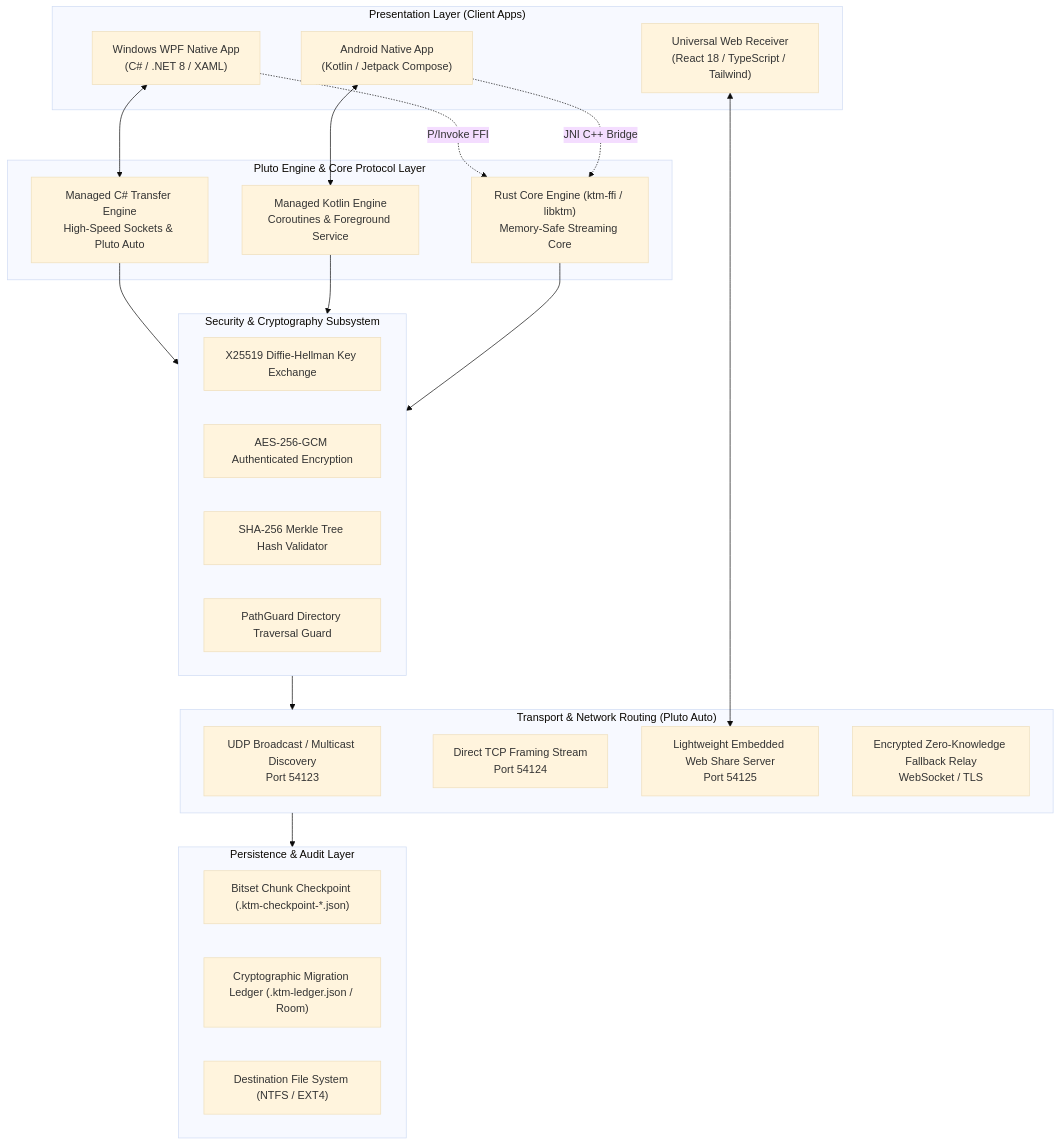
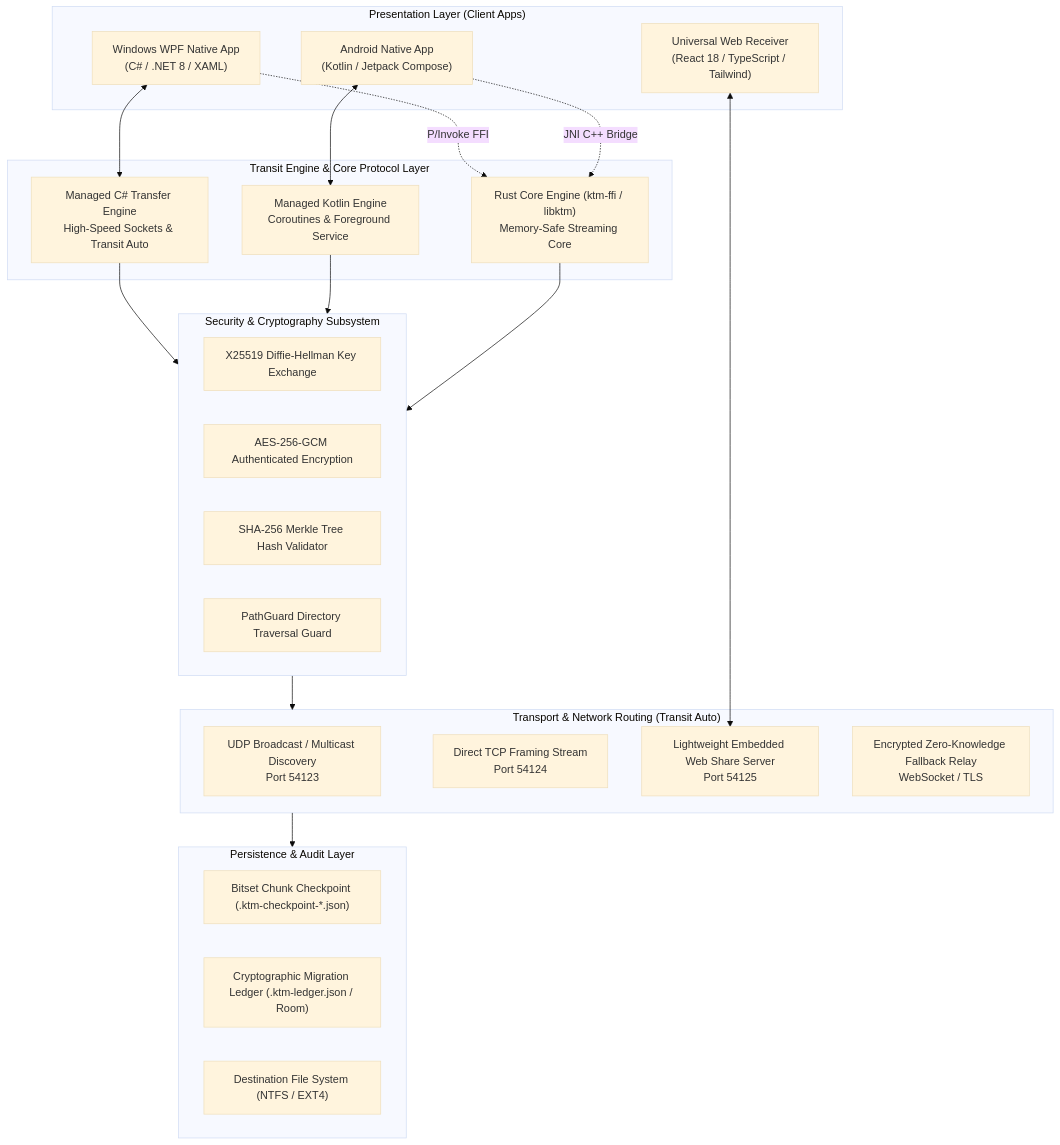
Before and after one commit to MrGokulaKrishnan/KnowToMigrate: the first of 2 diagrams in docs/PROJECT_BLUEPRINT.md, drawn with Mermaid (base theme). The commit also changed other lines of this file and 80 other files, not shown here.

Commit message:
refactor(core): rename Pluto Engine to Transit Engine, overhaul CI workflows, and reorganize docs

````diff
--- a/docs/PROJECT_BLUEPRINT.md
+++ b/docs/PROJECT_BLUEPRINT.md
@@ -77,44 +77,44 @@
 ```mermaid
 flowchart TD
     subgraph PresentationLayer["Presentation Layer (Client Apps)"]
         WPF["Windows WPF Native App<br/>(C# / .NET 8 / XAML)"]
         AND["Android Native App<br/>(Kotlin / Jetpack Compose)"]
         WEB["Universal Web Receiver<br/>(React 18 / TypeScript / Tailwind)"]
     end
 
-    subgraph CoreEngineLayer["Pluto Engine & Core Protocol Layer"]
+    subgraph CoreEngineLayer["Transit Engine & Core Protocol Layer"]
         RUST["Rust Core Engine (ktm-ffi / libktm)<br/>Memory-Safe Streaming Core"]
-        CS_ENGINE["Managed C# Transfer Engine<br/>High-Speed Sockets & Pluto Auto"]
+        CS_ENGINE["Managed C# Transfer Engine<br/>High-Speed Sockets & Transit Auto"]
         KT_ENGINE["Managed Kotlin Engine<br/>Coroutines & Foreground Service"]
     end
 
     subgraph SecurityLayer["Security & Cryptography Subsystem"]
         ECDH["X25519 Diffie-Hellman Key Exchange"]
         AEAD["AES-256-GCM Authenticated Encryption"]
         MERKLE["SHA-256 Merkle Tree Hash Validator"]
         PATHGUARD["PathGuard Directory Traversal Guard"]
     end
 
-    subgraph TransportLayer["Transport & Network Routing (Pluto Auto)"]
+    subgraph TransportLayer["Transport & Network Routing (Transit Auto)"]
         UDP_DISC["UDP Broadcast / Multicast Discovery<br/>Port 54123"]
         TCP_TRANS["Direct TCP Framing Stream<br/>Port 54124"]
         HTTP_SHARE["Lightweight Embedded Web Share Server<br/>Port 54125"]
         RELAY_WS["Encrypted Zero-Knowledge Fallback Relay<br/>WebSocket / TLS"]
     end
 
     subgraph StorageLayer["Persistence & Audit Layer"]
         CHECKPOINT["Bitset Chunk Checkpoint (.ktm-checkpoint-*.json)"]
         LEDGER["Cryptographic Migration Ledger (.ktm-ledger.json / Room)"]
         FS_TARGET["Destination File System (NTFS / EXT4)"]
     end
 
     WPF <--> CS_ENGINE
     WPF -.->|P/Invoke FFI| RUST
     AND <--> KT_ENGINE
     AND -.->|JNI C++ Bridge| RUST
     WEB <--> HTTP_SHARE
 
     CS_ENGINE & KT_ENGINE & RUST --> SecurityLayer
     SecurityLayer --> TransportLayer
     TransportLayer --> StorageLayer
 ```
````
